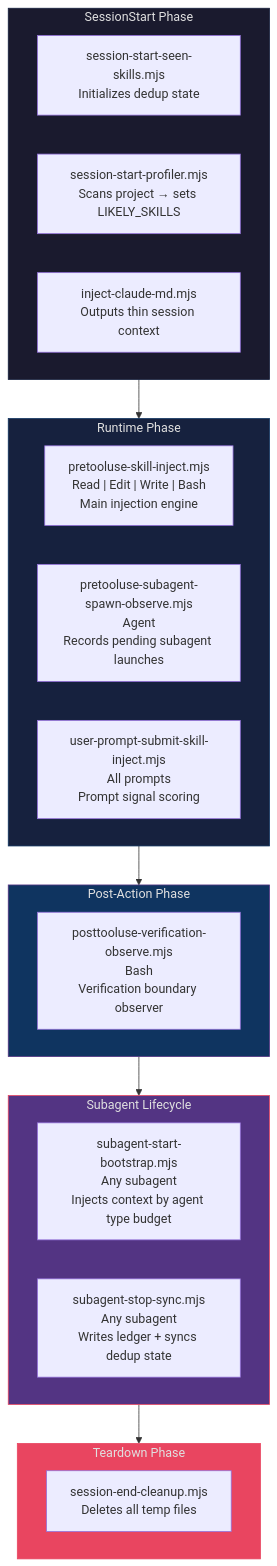
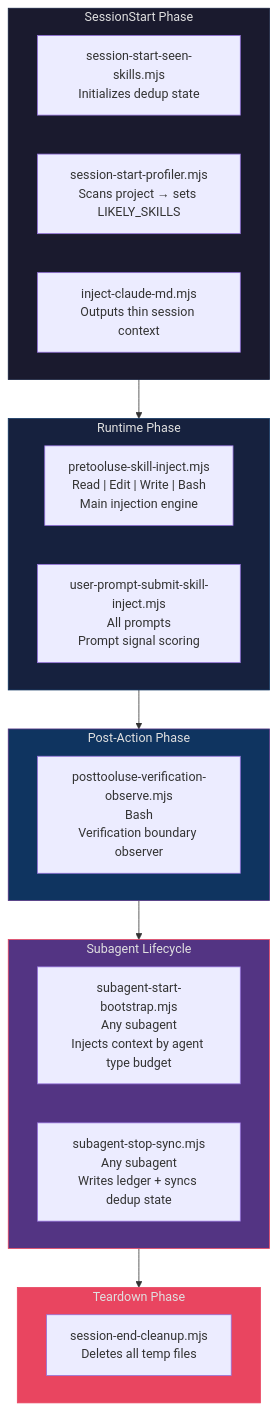
The second of 7 diagrams in docs/architecture.md (vercel-labs/vercel-plugin), drawn with Mermaid before and after one commit. The commit also changed other lines of this file and 21 other files, not shown here.

Commit message:
removing subagent-spawn-observe

````diff
--- a/docs/architecture.md
+++ b/docs/architecture.md
@@ -70,38 +70,37 @@
 ```mermaid
 flowchart TB
     subgraph Startup ["SessionStart Phase"]
         SS1["session-start-seen-skills.mjs<br/>Initializes dedup state"]
         SS2["session-start-profiler.mjs<br/>Scans project → sets LIKELY_SKILLS"]
         SS3["inject-claude-md.mjs<br/>Outputs thin session context"]
     end
 
     subgraph Runtime ["Runtime Phase"]
         PTU["pretooluse-skill-inject.mjs<br/>Read | Edit | Write | Bash<br/>Main injection engine"]
-        PSO["pretooluse-subagent-spawn-observe.mjs<br/>Agent<br/>Records pending subagent launches"]
         UPS["user-prompt-submit-skill-inject.mjs<br/>All prompts<br/>Prompt signal scoring"]
     end
 
     subgraph PostAction ["Post-Action Phase"]
         PVO["posttooluse-verification-observe.mjs<br/>Bash<br/>Verification boundary observer"]
     end
 
     subgraph SubagentLC ["Subagent Lifecycle"]
         SAB["subagent-start-bootstrap.mjs<br/>Any subagent<br/>Injects context by agent type budget"]
         SAS["subagent-stop-sync.mjs<br/>Any subagent<br/>Writes ledger + syncs dedup state"]
     end
 
     subgraph Teardown ["Teardown Phase"]
         SEC["session-end-cleanup.mjs<br/>Deletes all temp files"]
     end
 
     Startup --> Runtime
     Runtime --> PostAction
     PostAction --> SubagentLC
     SubagentLC --> Teardown
 
     style Startup fill:#1a1a2e,stroke:#16213e,color:#e0e0e0
     style Runtime fill:#16213e,stroke:#0f3460,color:#e0e0e0
     style PostAction fill:#0f3460,stroke:#533483,color:#e0e0e0
     style SubagentLC fill:#533483,stroke:#e94560,color:#e0e0e0
     style Teardown fill:#e94560,stroke:#e94560,color:#e0e0e0
 ```
````
